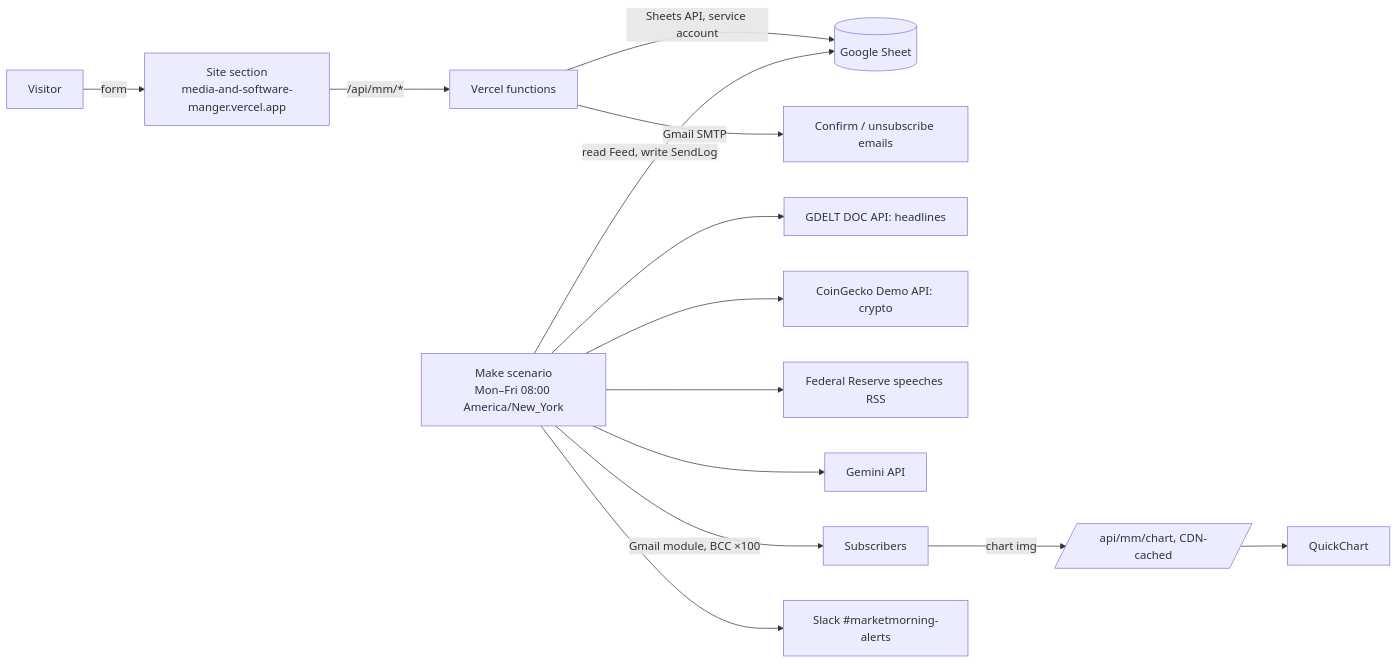
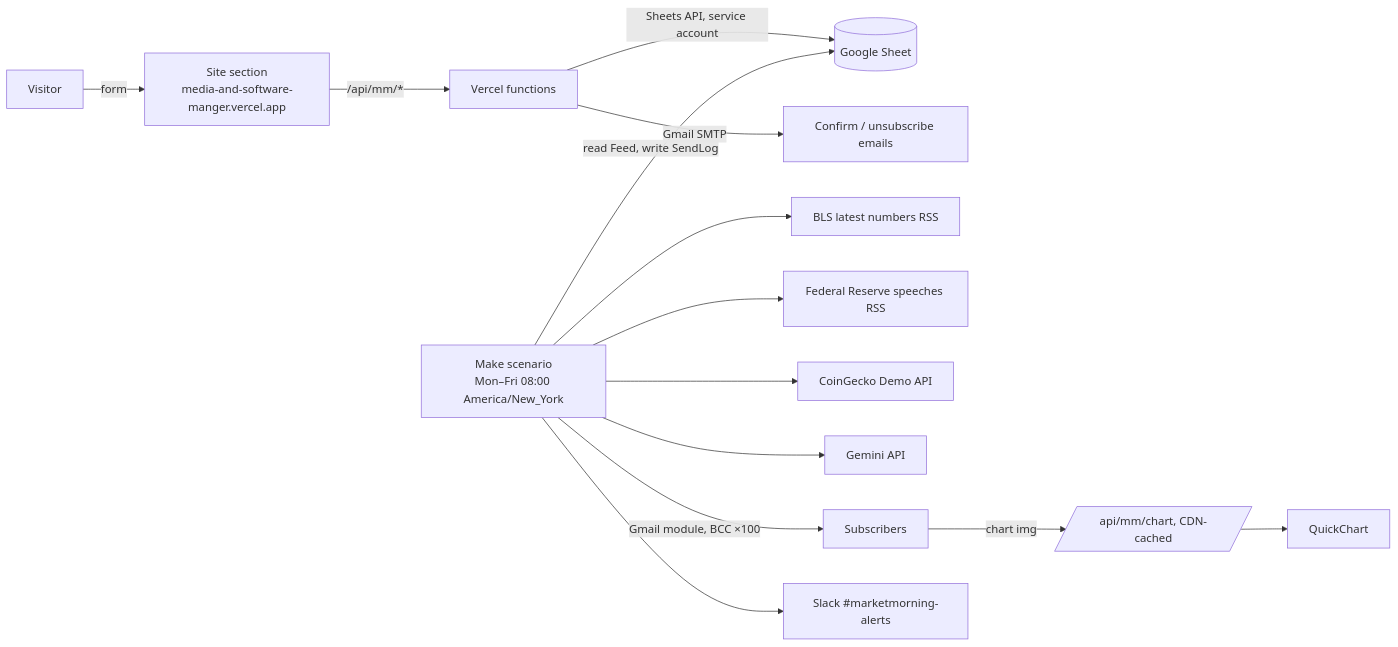
One commit to notm33na/morningmarket changed the first of 2 diagrams in docs/ARCHITECTURE.md. Above: the diagram before and after it, drawn with Mermaid. The commit also changed other lines of this file and 26 other files, not shown here.

First line of the commit message:
Redesign as Fed, BLS data and crypto brief (no headlines)

````diff
--- a/docs/ARCHITECTURE.md
+++ b/docs/ARCHITECTURE.md
@@ -6,15 +6,15 @@
 ```mermaid
 flowchart LR
   V[Visitor] -->|form| S[Site section<br/>media-and-software-manger.vercel.app]
   S -->|/api/mm/*| F[Vercel functions]
   F -->|Sheets API, service account| G[(Google Sheet)]
   F -->|Gmail SMTP| E1[Confirm / unsubscribe emails]
   M[Make scenario<br/>Mon–Fri 08:00 America/New_York] -->|read Feed, write SendLog| G
-  M --> GD[GDELT DOC API: headlines]
-  M --> CG[CoinGecko Demo API: crypto]
+  M --> BL[BLS latest numbers RSS]
   M --> FR[Federal Reserve speeches RSS]
+  M --> CG[CoinGecko Demo API]
   M --> GM[Gemini API]
   M -->|Gmail module, BCC ×100| R[Subscribers]
   M --> SL[Slack #marketmorning-alerts]
   R -->|chart img| C[/api/mm/chart, CDN-cached/] --> QC[QuickChart]
 ```
````
